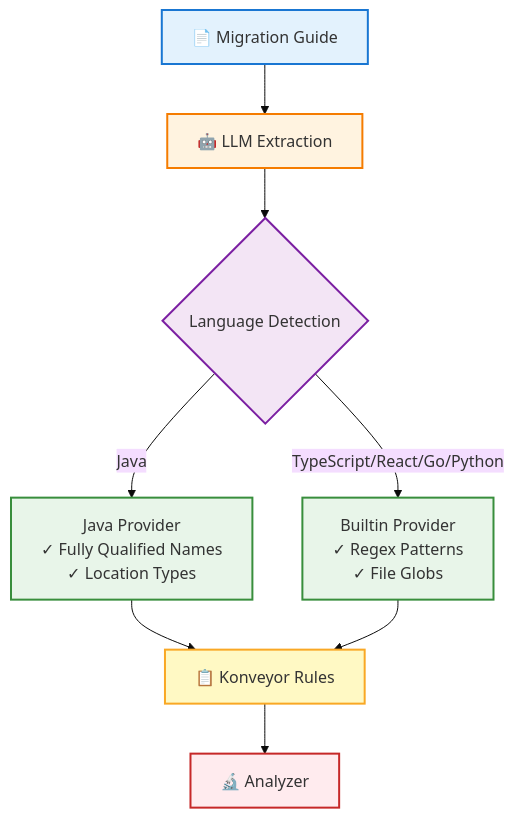
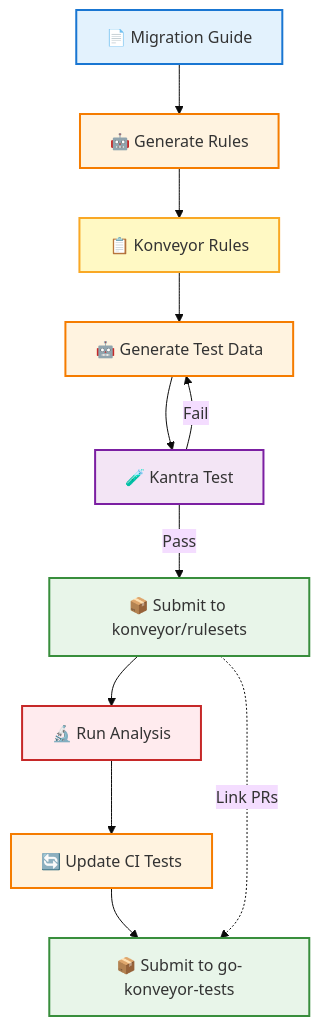
One commit to tsanders-rh/analyzer-rule-generator changed the diagram in README.md. Above: the diagram before and after it, drawn with Mermaid (base theme). The commit also changed other lines of this file, not shown here.

First line of the commit message:
Update README with CI test updater workflow and documentation

````diff
--- a/README.md
+++ b/README.md
@@ -38,20 +40,26 @@
 ```mermaid
 flowchart TD
-    A[📄 Migration Guide] --> B[🤖 LLM Extraction]
-    B --> C{Language Detection}
+    A[📄 Migration Guide] --> B[🤖 Generate Rules]
+    B --> C[📋 Konveyor Rules]
+    C --> D[🤖 Generate Test Data]
+    D --> E[🧪 Kantra Test]
 
-    C -->|Java| D[Java Provider<br/>✓ Fully Qualified Names<br/>✓ Location Types]
-    C -->|TypeScript/React/Go/Python| E[Builtin Provider<br/>✓ Regex Patterns<br/>✓ File Globs]
+    E -->|Pass| F[📦 Submit to konveyor/rulesets]
+    E -->|Fail| D
 
-    D --> F[📋 Konveyor Rules]
-    E --> F
-    F --> G[🔬 Analyzer]
+    F --> G[🔬 Run Analysis]
+    G --> H[🔄 Update CI Tests]
+    H --> I[📦 Submit to go-konveyor-tests]
+
+    F -.Link PRs.-> I
 
     style A fill:#e3f2fd,stroke:#1976d2,stroke-width:2px
     style B fill:#fff3e0,stroke:#f57c00,stroke-width:2px
-    style C fill:#f3e5f5,stroke:#7b1fa2,stroke-width:2px
-    style D fill:#e8f5e9,stroke:#388e3c,stroke-width:2px
-    style E fill:#e8f5e9,stroke:#388e3c,stroke-width:2px
-    style F fill:#fff9c4,stroke:#f9a825,stroke-width:2px
+    style C fill:#fff9c4,stroke:#f9a825,stroke-width:2px
+    style D fill:#fff3e0,stroke:#f57c00,stroke-width:2px
+    style E fill:#f3e5f5,stroke:#7b1fa2,stroke-width:2px
+    style F fill:#e8f5e9,stroke:#388e3c,stroke-width:2px
     style G fill:#ffebee,stroke:#c62828,stroke-width:2px
+    style H fill:#fff3e0,stroke:#f57c00,stroke-width:2px
+    style I fill:#e8f5e9,stroke:#388e3c,stroke-width:2px
 ```
````
